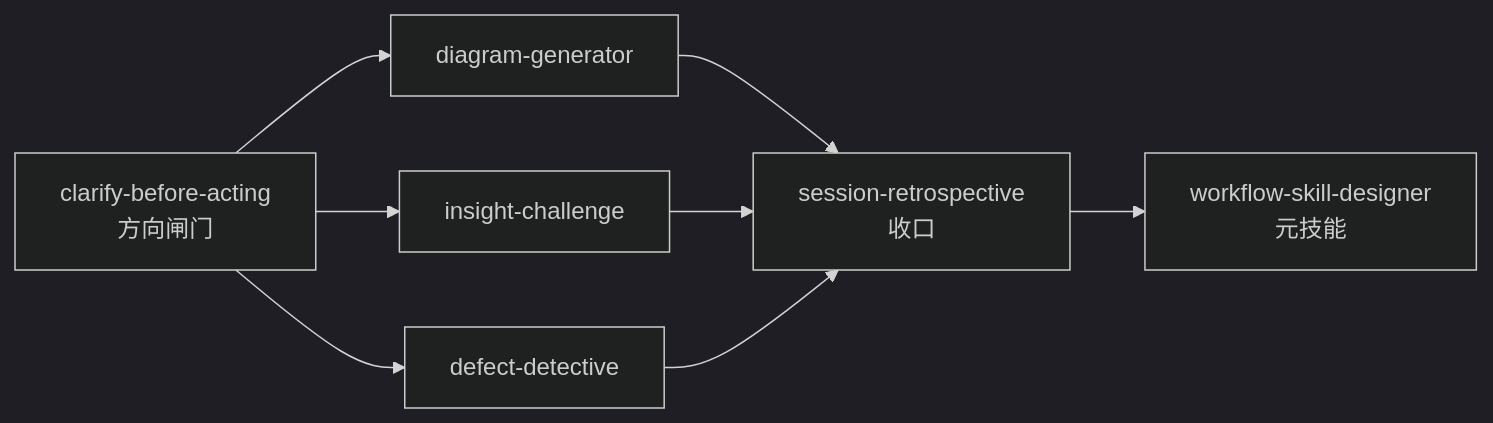
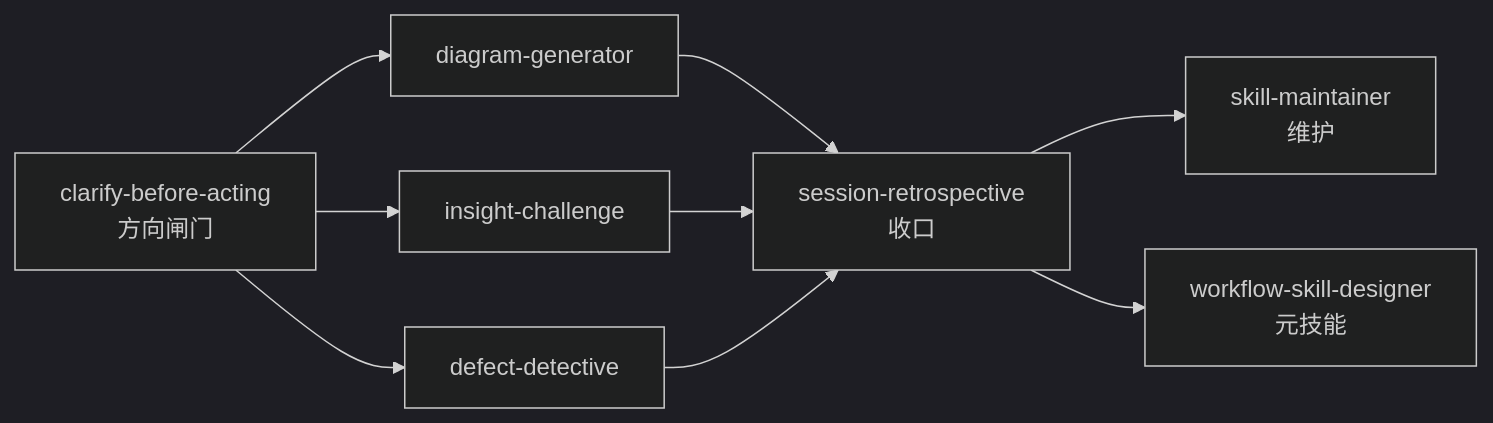
Before and after one commit to yumingtao/agent-skills: the diagram in README.zh-CN.md, drawn with Mermaid (dark theme). The commit also changed other lines of this file and 31 other files, not shown here.

First line of the commit message:
feat: add skill-maintainer for existing-skill maintenance

````diff
--- a/README.zh-CN.md
+++ b/README.zh-CN.md
@@ -36,16 +37,18 @@
 ```mermaid
 flowchart LR
   gate["clarify-before-acting<br/>方向闸门"]
   diagram["diagram-generator"]
   insight["insight-challenge"]
   defect["defect-detective"]
   retro["session-retrospective<br/>收口"]
   meta["workflow-skill-designer<br/>元技能"]
+  maintain["skill-maintainer<br/>维护"]
   gate --> diagram
   gate --> insight
   gate --> defect
   diagram --> retro
   insight --> retro
   defect --> retro
+  retro --> maintain
   retro --> meta
 ```
````
